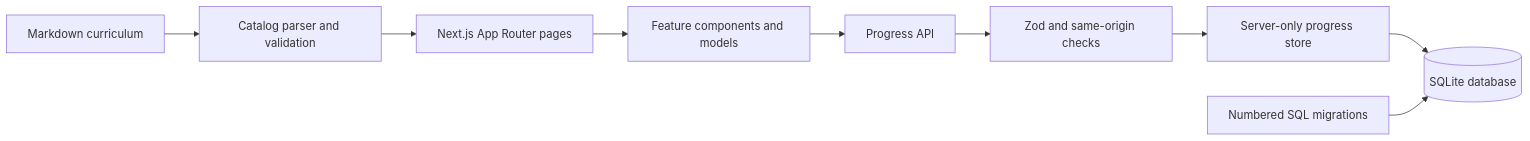
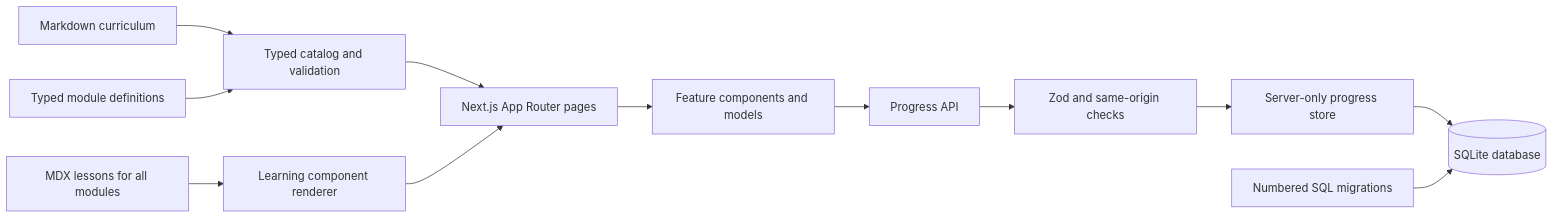
One commit to PooKYZZZ/Fieldnotes changed the diagram in docs/architecture.md. Above: the diagram before and after it, drawn with Mermaid. The commit also changed other lines of this file and 274 other files, not shown here.

First line of the commit message:
feat: add lessons for modules 09 to 24, including MDX components and progress tracking

````diff
--- a/docs/architecture.md
+++ b/docs/architecture.md
@@ -7,11 +7,14 @@
 ```mermaid
 flowchart LR
-  Content[Markdown curriculum] --> Catalog[Catalog parser and validation]
+  Markdown[Markdown curriculum] --> Catalog[Typed catalog and validation]
+  Definitions[Typed module definitions] --> Catalog
+  MDX[MDX lessons for all modules] --> MDXComponents[Learning component renderer]
   Catalog --> Pages[Next.js App Router pages]
+  MDXComponents --> Pages
   Pages --> Features[Feature components and models]
   Features --> ProgressAPI[Progress API]
   ProgressAPI --> Validation[Zod and same-origin checks]
   Validation --> Store[Server-only progress store]
   Store --> SQLite[(SQLite database)]
   Migrations[Numbered SQL migrations] --> SQLite
 ```
````
